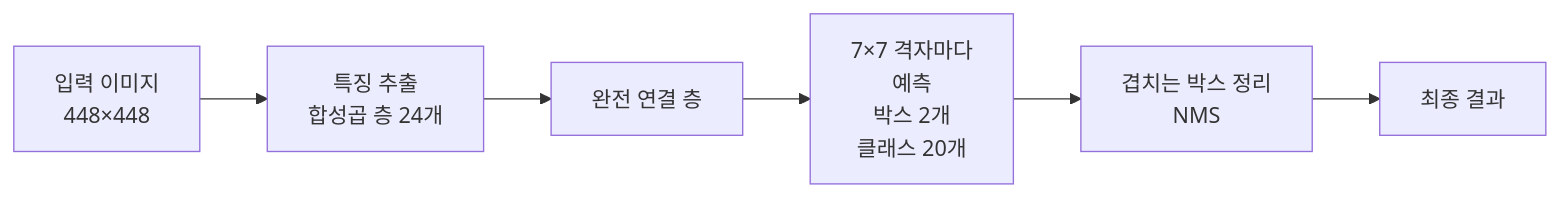
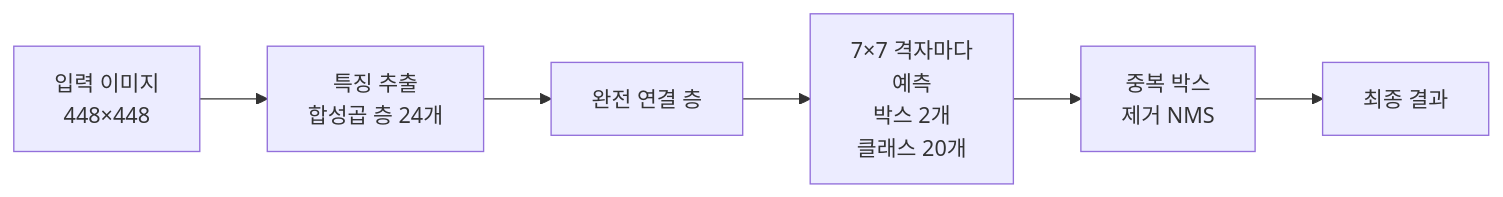
The diagram in YOLO/README.md (mjk022/portfolio), drawn with Mermaid before and after one commit. The commit also changed 7 other files, not shown here.

Commit message:
README 다이어그램 라벨을 GitHub에서 줄바꿈되지 않는 폭으로 다시 정리

````diff
--- a/YOLO/README.md
+++ b/YOLO/README.md
@@ -36,8 +36,8 @@
 ```mermaid
 flowchart LR
     A[입력 이미지<br/>448×448] --> B[특징 추출<br/>합성곱 층 24개]
     B --> C[완전 연결 층]
     C --> D[7×7 격자마다<br/>예측<br/>박스 2개<br/>클래스 20개]
-    D --> E[겹치는 박스 정리<br/>NMS]
+    D --> E[중복 박스<br/>제거 NMS]
     E --> F[최종 결과]
 ```
````
